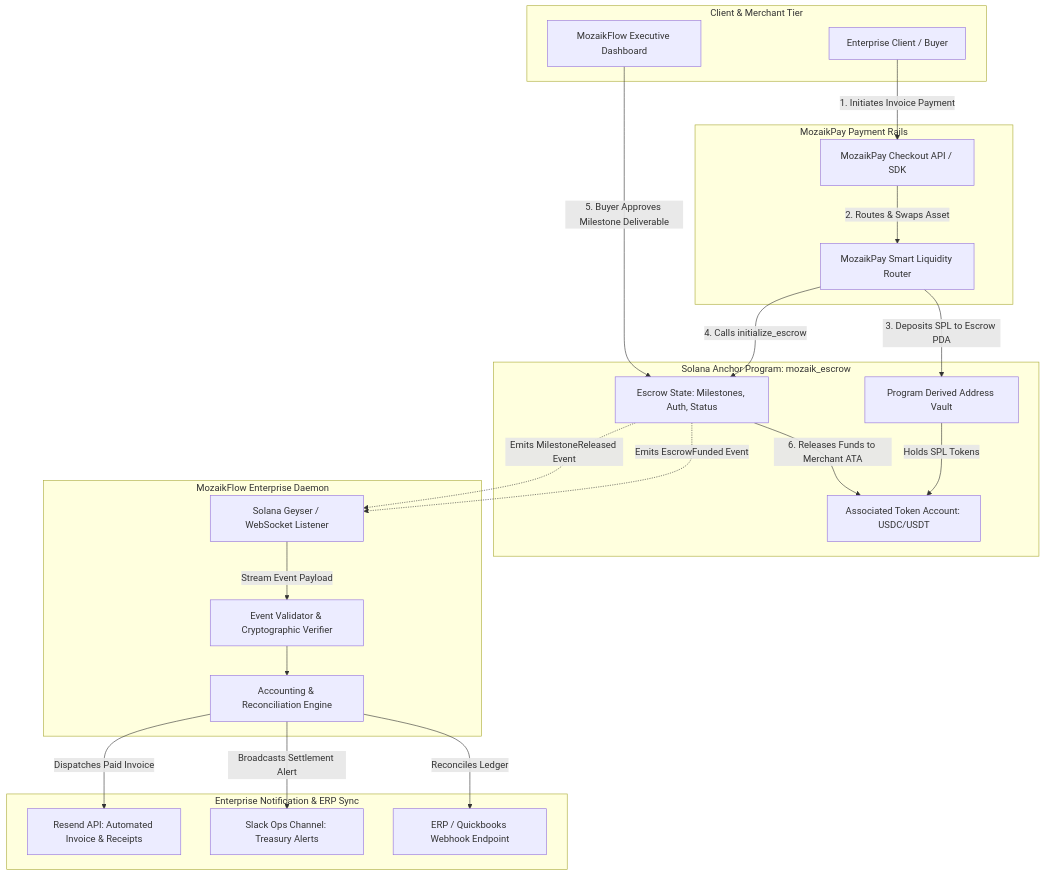
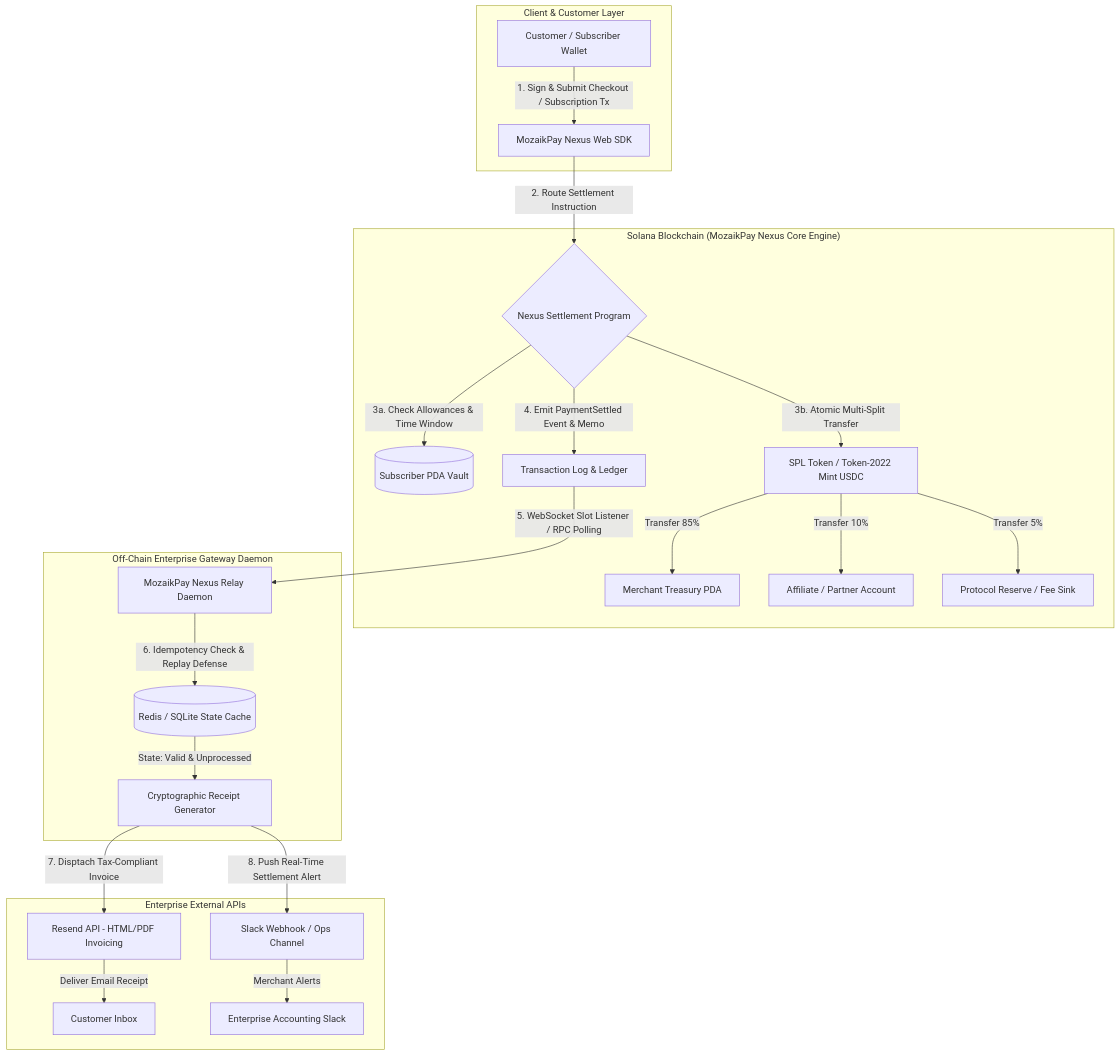
Before and after one commit to wiliancolomboo-tech/web3-show-us-how-you-use-mozaikpay-cb9626: the diagram in README.md, drawn with Mermaid. The commit also changed other lines of this file and 204 other files, not shown here.

````diff
--- a/README.md
+++ b/README.md
@@ -32,48 +37,29 @@
 ```mermaid
 flowchart TD
-    subgraph ClientLayer [Client & Merchant Tier]
-        Buyer[Enterprise Client / Buyer]
-        Dashboard[MozaikFlow Executive Dashboard]
+    subgraph ClientLayer ["Client & Customer Layer"]
+        A[Customer / Subscriber Wallet] -->|1. Sign & Submit Checkout / Subscription Tx| B[MozaikPay Nexus Web SDK]
     end
 
-    subgraph MozaikGateway [MozaikPay Payment Rails]
-        MP_Checkout[MozaikPay Checkout API / SDK]
-        MP_Router[MozaikPay Smart Liquidity Router]
+    subgraph SolanaOnChain ["Solana Blockchain (MozaikPay Nexus Core Engine)"]
+        B -->|2. Route Settlement Instruction| C{Nexus Settlement Program}
+        C -->|3a. Check Allowances & Time Window| D[(Subscriber PDA Vault)]
+        C -->|3b. Atomic Multi-Split Transfer| E[SPL Token / Token-2022 Mint USDC]
+        E -->|Transfer 85%| F[Merchant Treasury PDA]
+        E -->|Transfer 10%| G[Affiliate / Partner Account]
+        E -->|Transfer 5%| H[Protocol Reserve / Fee Sink]
+        C -->|4. Emit PaymentSettled Event & Memo| I[Transaction Log & Ledger]
     end
 
-    subgraph SolanaOnChain [Solana Anchor Program: mozaik_escrow]
-        EscrowPDA[Program Derived Address Vault]
-        StateAccount[Escrow State: Milestones, Auth, Status]
-        SPL_Vault[Associated Token Account: USDC/USDT]
+    subgraph DaemonLayer ["Off-Chain Enterprise Gateway Daemon"]
+        I -->|5. WebSocket Slot Listener / RPC Polling| J[MozaikPay Nexus Relay Daemon]
+        J -->|6. Idempotency Check & Replay Defense| K[(Redis / SQLite State Cache)]
+        K -->|State: Valid & Unprocessed| L[Cryptographic Receipt Generator]
     end
 
-    subgraph OffChainWorker [MozaikFlow Enterprise Daemon]
-        RPC_Listener[Solana Geyser / WebSocket Listener]
-        EventProcessor[Event Validator & Cryptographic Verifier]
-        AccountingEngine[Accounting & Reconciliation Engine]
+    subgraph EnterpriseServices ["Enterprise External APIs"]
+        L -->|7. Disptach Tax-Compliant Invoice| M[Resend API - HTML/PDF Invoicing]
+        M -->|Deliver Email Receipt| N[Customer Inbox]
+        L -->|8. Push Real-Time Settlement Alert| O[Slack Webhook / Ops Channel]
+        O -->|Merchant Alerts| P[Enterprise Accounting Slack]
     end
-
-    subgraph EnterpriseIntegrations [Enterprise Notification & ERP Sync]
-        ResendAPI[Resend API: Automated Invoice & Receipts]
-        SlackWebhook[Slack Ops Channel: Treasury Alerts]
-        ERP_Export[ERP / Quickbooks Webhook Endpoint]
-    end
-
-    Buyer -->|1. Initiates Invoice Payment| MP_Checkout
-    MP_Checkout -->|2. Routes & Swaps Asset| MP_Router
-    MP_Router -->|3. Deposits SPL to Escrow PDA| EscrowPDA
-    MP_Router -->|4. Calls initialize_escrow| StateAccount
-    EscrowPDA -->|Holds SPL Tokens| SPL_Vault
-
-    StateAccount -.->|Emits EscrowFunded Event| RPC_Listener
-    RPC_Listener -->|Stream Event Payload| EventProcessor
-    EventProcessor --> AccountingEngine
-
-    AccountingEngine -->|Dispatches Paid Invoice| ResendAPI
-    AccountingEngine -->|Broadcasts Settlement Alert| SlackWebhook
-    AccountingEngine -->|Reconciles Ledger| ERP_Export
-
-    Dashboard -->|5. Buyer Approves Milestone Deliverable| StateAccount
-    StateAccount -->|6. Releases Funds to Merchant ATA| SPL_Vault
-    StateAccount -.->|Emits MilestoneReleased Event| RPC_Listener
 ```
````
